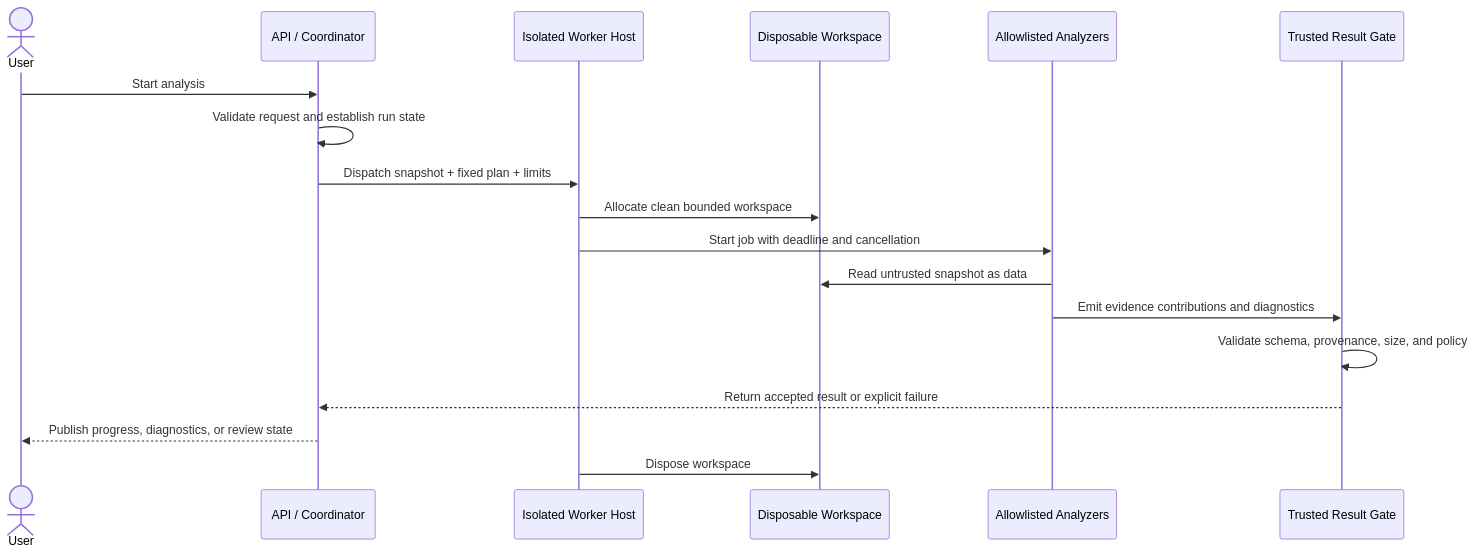
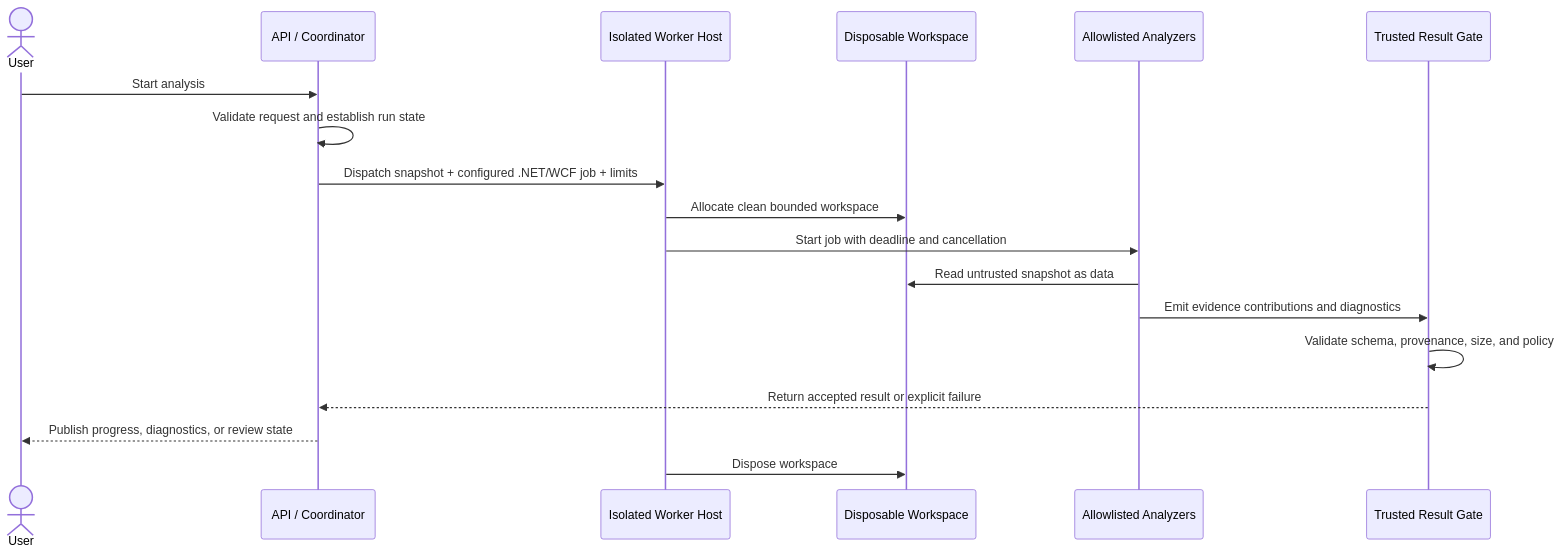
The second of 2 diagrams in docs/architecture/03-runtime-architecture.md (ksharik/domainLens), drawn with Mermaid before and after one commit. The commit also changed other lines of this file and 9 other files, not shown here.

````diff
--- a/docs/architecture/03-runtime-architecture.md
+++ b/docs/architecture/03-runtime-architecture.md
@@ -98,21 +98,21 @@
 ```mermaid
 sequenceDiagram
     actor User
     participant Core as API / Coordinator
     participant Host as Isolated Worker Host
     participant Workspace as Disposable Workspace
     participant Analyzer as Allowlisted Analyzers
     participant Gate as Trusted Result Gate
 
     User->>Core: Start analysis
     Core->>Core: Validate request and establish run state
-    Core->>Host: Dispatch snapshot + fixed plan + limits
+    Core->>Host: Dispatch snapshot + configured .NET/WCF job + limits
     Host->>Workspace: Allocate clean bounded workspace
     Host->>Analyzer: Start job with deadline and cancellation
     Analyzer->>Workspace: Read untrusted snapshot as data
     Analyzer->>Gate: Emit evidence contributions and diagnostics
     Gate->>Gate: Validate schema, provenance, size, and policy
     Gate-->>Core: Return accepted result or explicit failure
     Core-->>User: Publish progress, diagnostics, or review state
     Host->>Workspace: Dispose workspace
 ```
````
